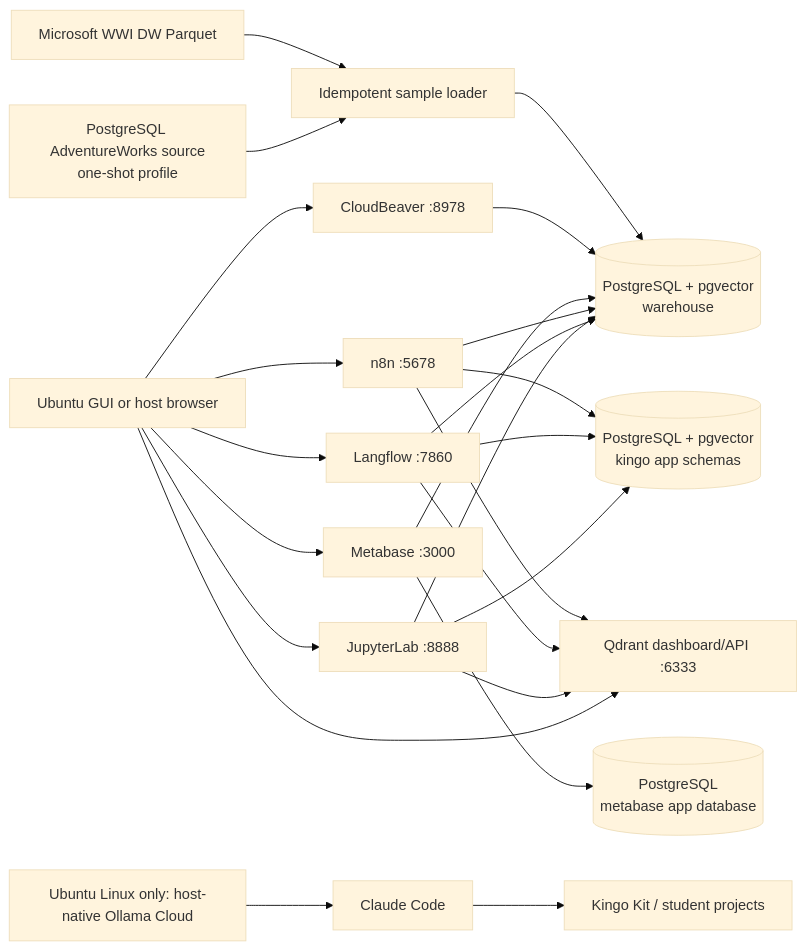
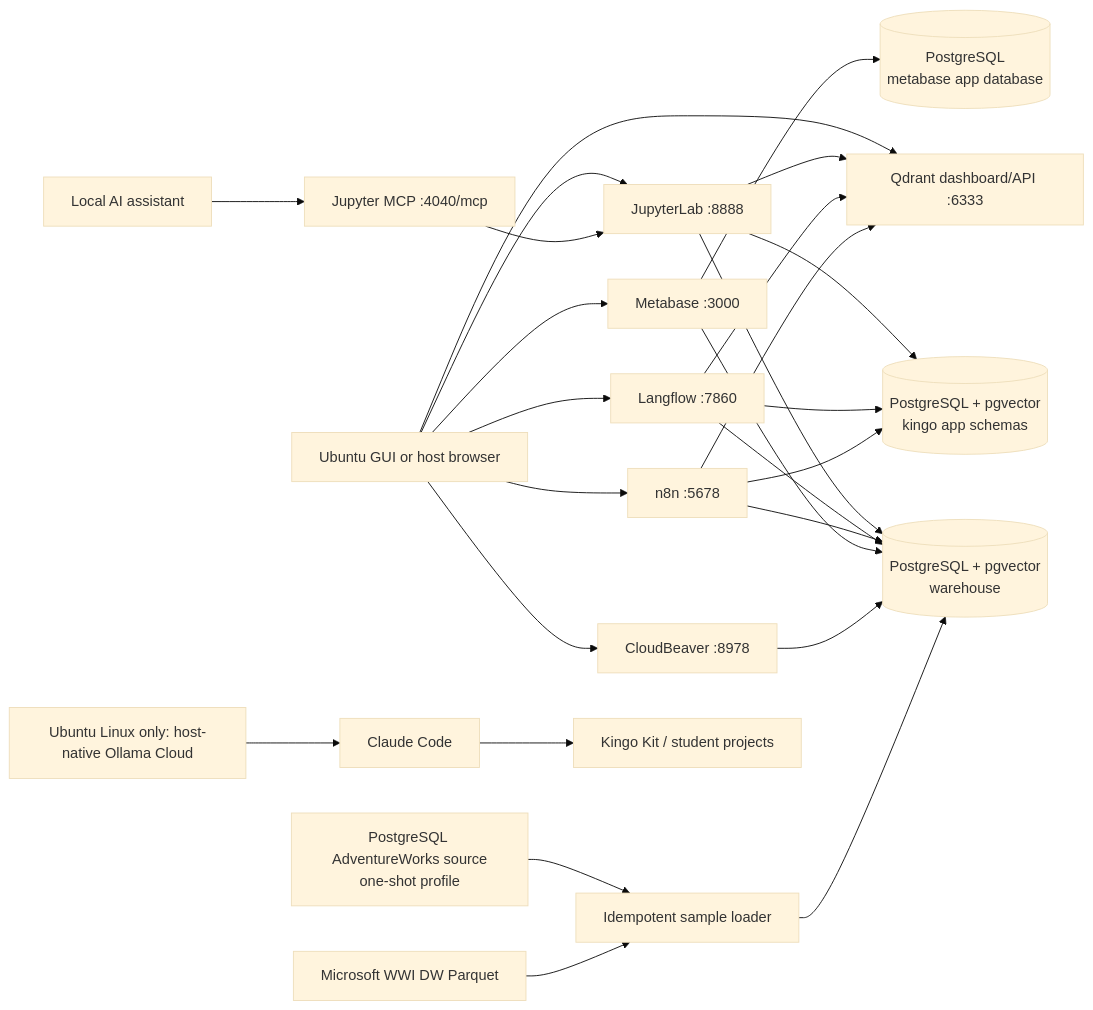
Before and after one commit to PimOps/kingo-kit: the diagram in docs/architecture.md, drawn with Mermaid (base theme). The commit also changed other lines of this file and 14 other files, not shown here.

First line of the commit message:
Add Jupyter MCP Server integration and update documentation

````diff
--- a/docs/architecture.md
+++ b/docs/architecture.md
@@ -3,30 +3,32 @@
 ```mermaid
 flowchart LR
     Browser["Ubuntu GUI or host browser"] --> Jupyter["JupyterLab :8888"]
     Browser --> Langflow["Langflow :7860"]
     Browser --> N8N["n8n :5678"]
     Browser --> Metabase["Metabase :3000"]
     Browser --> CloudBeaver["CloudBeaver :8978"]
     Browser --> Qdrant["Qdrant dashboard/API :6333"]
+    Assistant["Local AI assistant"] --> MCP["Jupyter MCP :4040/mcp"]
+    MCP --> Jupyter
 
     Jupyter --> Warehouse[("PostgreSQL + pgvector\nwarehouse")]
     Langflow --> Warehouse
     N8N --> Warehouse
     Metabase --> Warehouse
     CloudBeaver --> Warehouse
     Jupyter --> Qdrant
     Langflow --> Qdrant
     N8N --> Qdrant
 
     Jupyter --> Platform[("PostgreSQL + pgvector\nkingo app schemas")]
     Langflow --> Platform
     N8N --> Platform
     Metabase --> MetabaseDB[("PostgreSQL\nmetabase app database")]
 
     AW["PostgreSQL AdventureWorks source\none-shot profile"] --> Loader["Idempotent sample loader"]
     Azure["Microsoft WWI DW Parquet"] --> Loader
     Loader --> Warehouse
 
     Ollama["Ubuntu Linux only: host-native Ollama Cloud"] --> Claude["Claude Code"]
     Claude --> Repo["Kingo Kit / student projects"]
 ```
````
